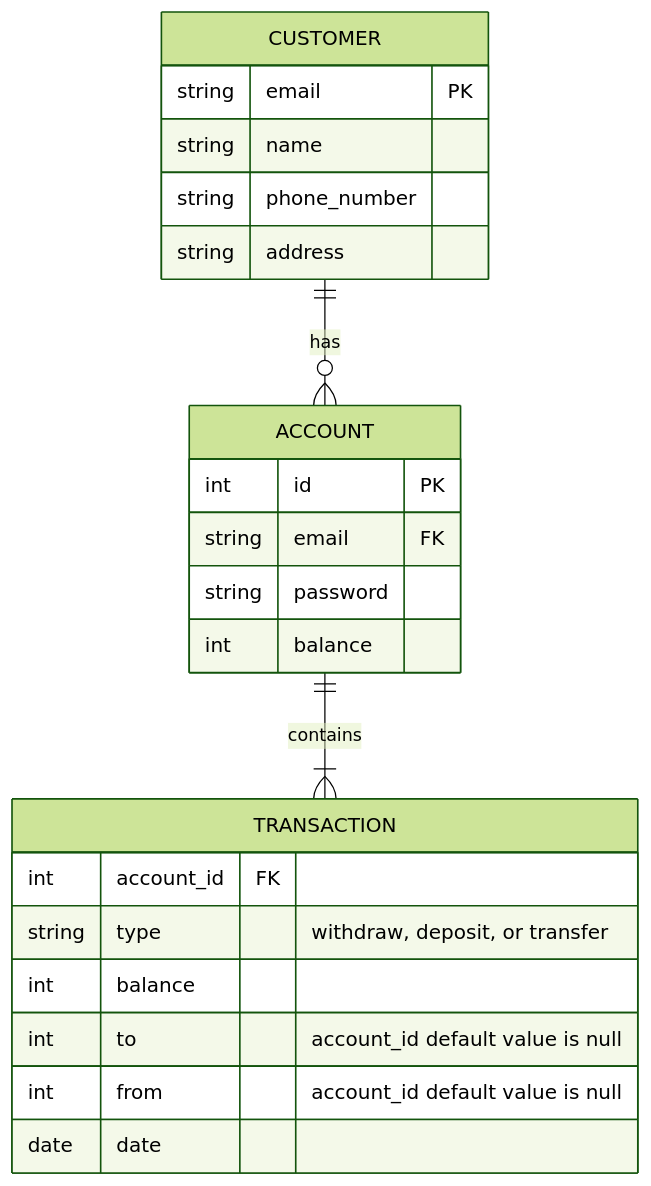
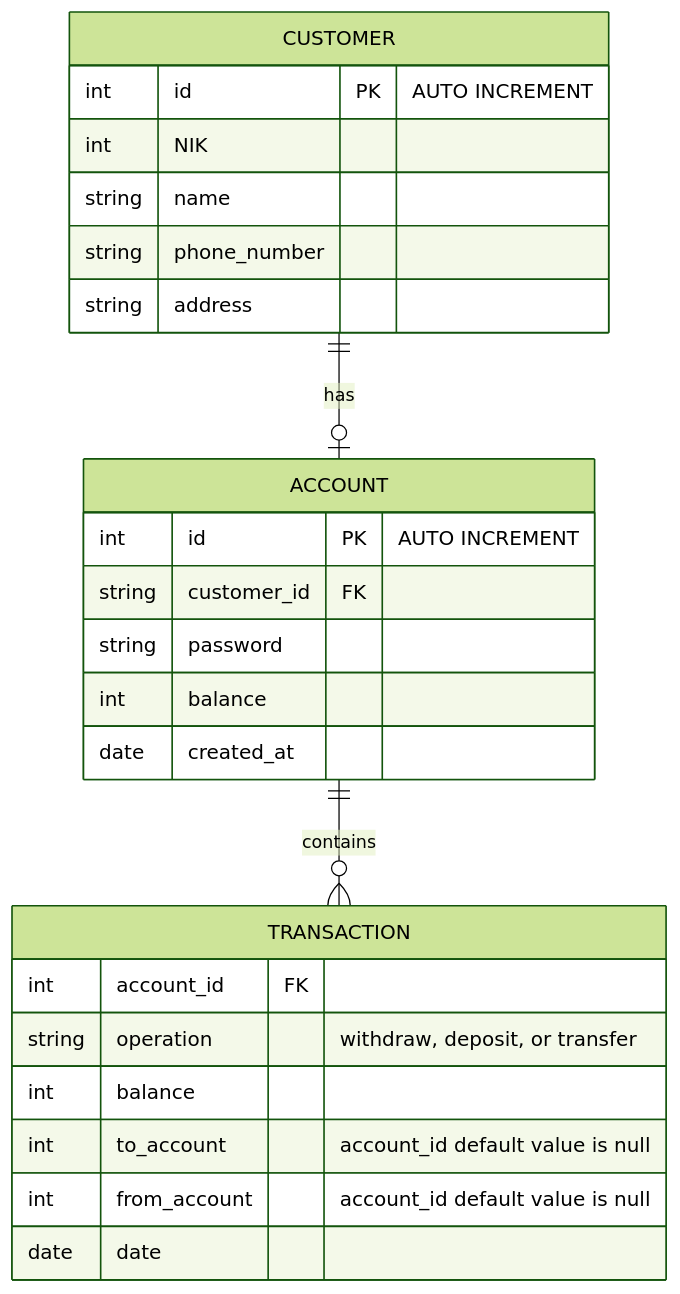
One commit to KevinDylanPrayudi/BEJS_fgabatch2_KevinDylanPrayudi_ChallengeChapter3 changed the diagram in README.md. Above: the diagram before and after it, drawn with Mermaid (forest theme). The commit also changed other lines of this file, not shown here.

Commit message:
refactor(README): adjust some column in order correspoding necessity

````diff
--- a/README.md
+++ b/README.md
@@ -2,26 +16,28 @@
 ```mermaid
 erDiagram
-    CUSTOMER ||--o{ ACCOUNT : has
+    CUSTOMER ||--o| ACCOUNT : has
     CUSTOMER {
-        string email  PK
+        int id PK "AUTO INCREMENT"
+        int NIK
         string name
         string phone_number
         string address
     }
-    ACCOUNT ||--|{ TRANSACTION : contains
+    ACCOUNT ||--o{ TRANSACTION : contains
     ACCOUNT {
-        int id  PK
-        string email  FK
+        int id  PK "AUTO INCREMENT"
+        string customer_id  FK
         string password
         int balance
+        date created_at
     }
     TRANSACTION {
         int account_id FK
-        string type "withdraw, deposit, or transfer"
+        string operation "withdraw, deposit, or transfer"
         int balance
-        int to "account_id default value is null"
-        int from "account_id default value is null"
+        int to_account "account_id default value is null"
+        int from_account "account_id default value is null"
         date date
     }
 
 ```
````
